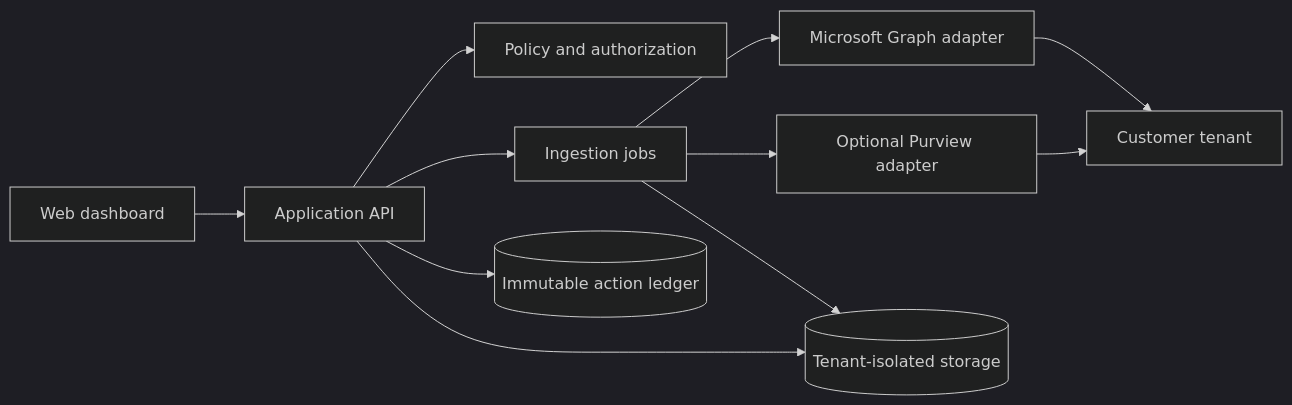
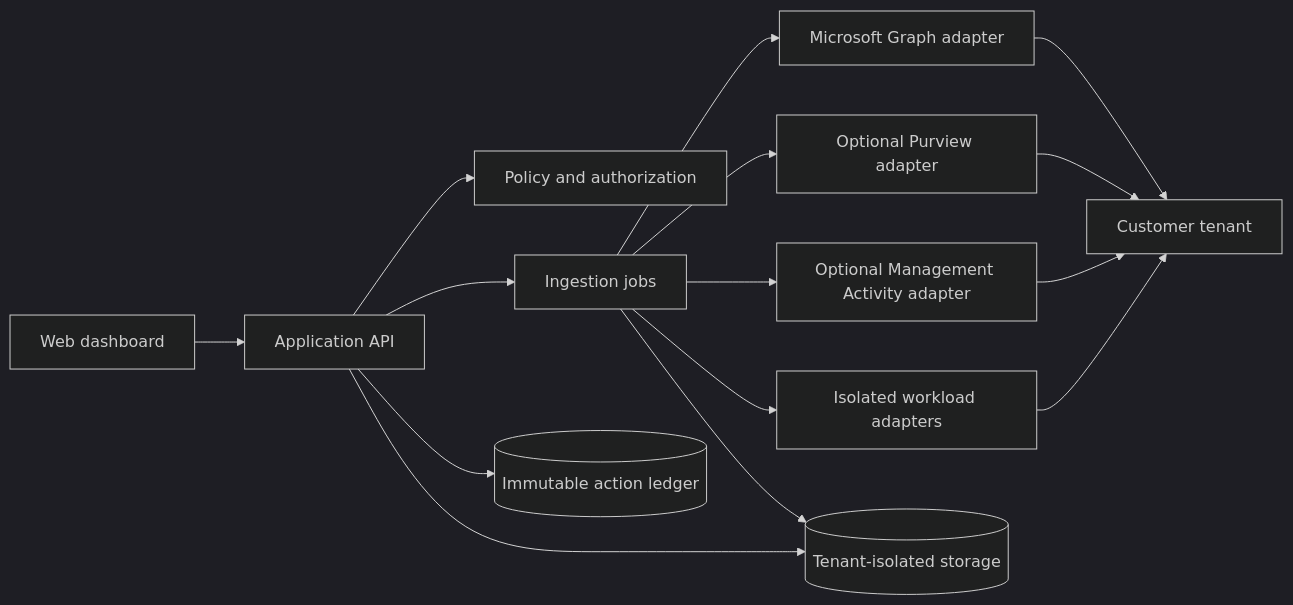
One commit to Nullel/prism365 changed the diagram in README.md. Above: the diagram before and after it, drawn with Mermaid (dark theme). The commit also changed other lines of this file and 20 other files, not shown here.

````diff
--- a/README.md
+++ b/README.md
@@ -81,13 +91,17 @@
 ```mermaid
 flowchart LR
   Browser[Web dashboard] --> API[Application API]
   API --> Policy[Policy and authorization]
   API --> Jobs[Ingestion jobs]
   Jobs --> Graph[Microsoft Graph adapter]
   Jobs --> Purview[Optional Purview adapter]
+  Jobs --> Activity[Optional Management Activity adapter]
+  Jobs --> Workload[Isolated workload adapters]
   Graph --> M365[Customer tenant]
   Purview --> M365
+  Activity --> M365
+  Workload --> M365
   Jobs --> Store[(Tenant-isolated storage)]
   API --> Store
   API --> Ledger[(Immutable action ledger)]
 ```
````
